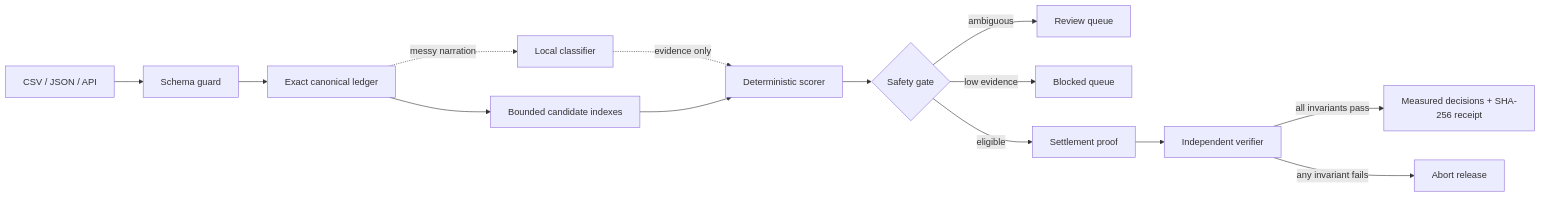
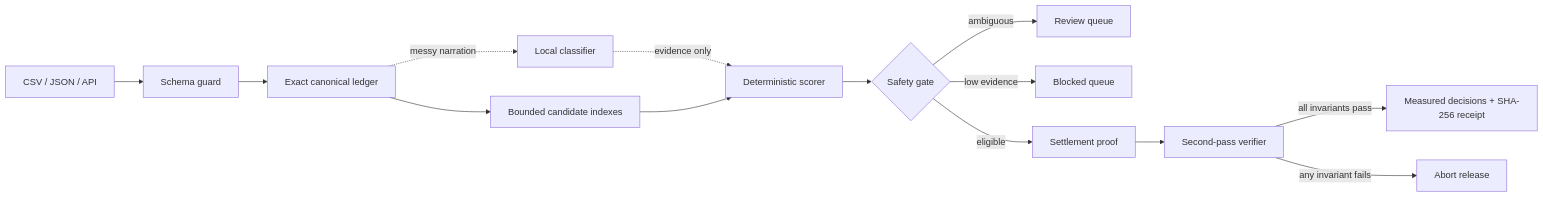
Before and after one commit to souvikDevloper/closepilot: the diagram in ARCHITECTURE.md, drawn with Mermaid. The commit also changed other lines of this file and 22 other files, not shown here.

````diff
--- a/ARCHITECTURE.md
+++ b/ARCHITECTURE.md
@@ -9,16 +11,16 @@
 ```mermaid
 flowchart LR
     A[CSV / JSON / API] --> B[Schema guard]
     B --> C[Exact canonical ledger]
     C --> D[Bounded candidate indexes]
     C -. messy narration .-> M[Local classifier]
     M -. evidence only .-> E[Deterministic scorer]
     D --> E
     E --> F{Safety gate}
     F -->|ambiguous| R[Review queue]
     F -->|low evidence| X[Blocked queue]
     F -->|eligible| P[Settlement proof]
-    P --> V[Independent verifier]
+    P --> V[Second-pass verifier]
     V -->|all invariants pass| O[Measured decisions + SHA-256 receipt]
     V -->|any invariant fails| Z[Abort release]
 ```
````
